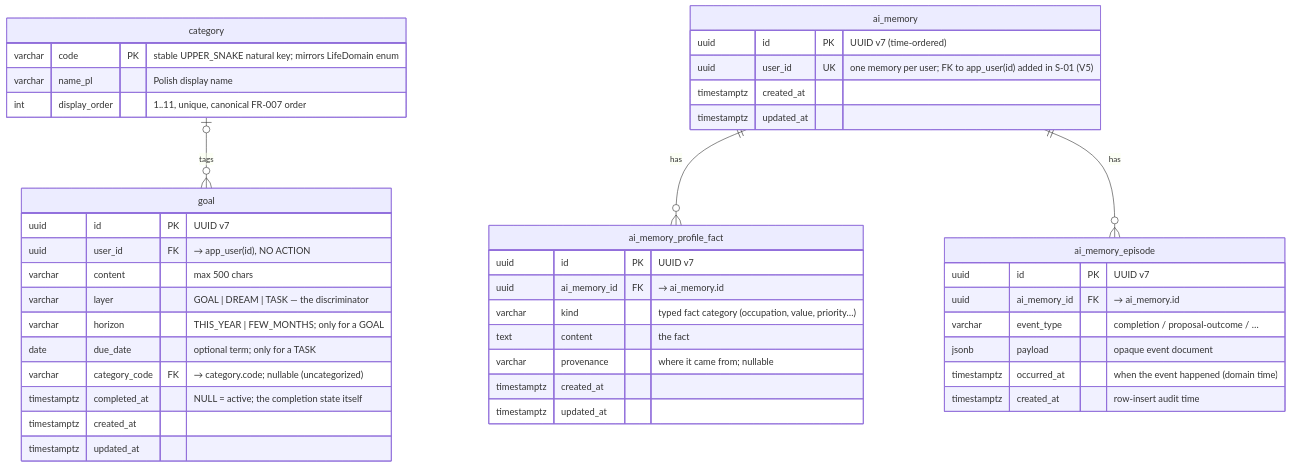
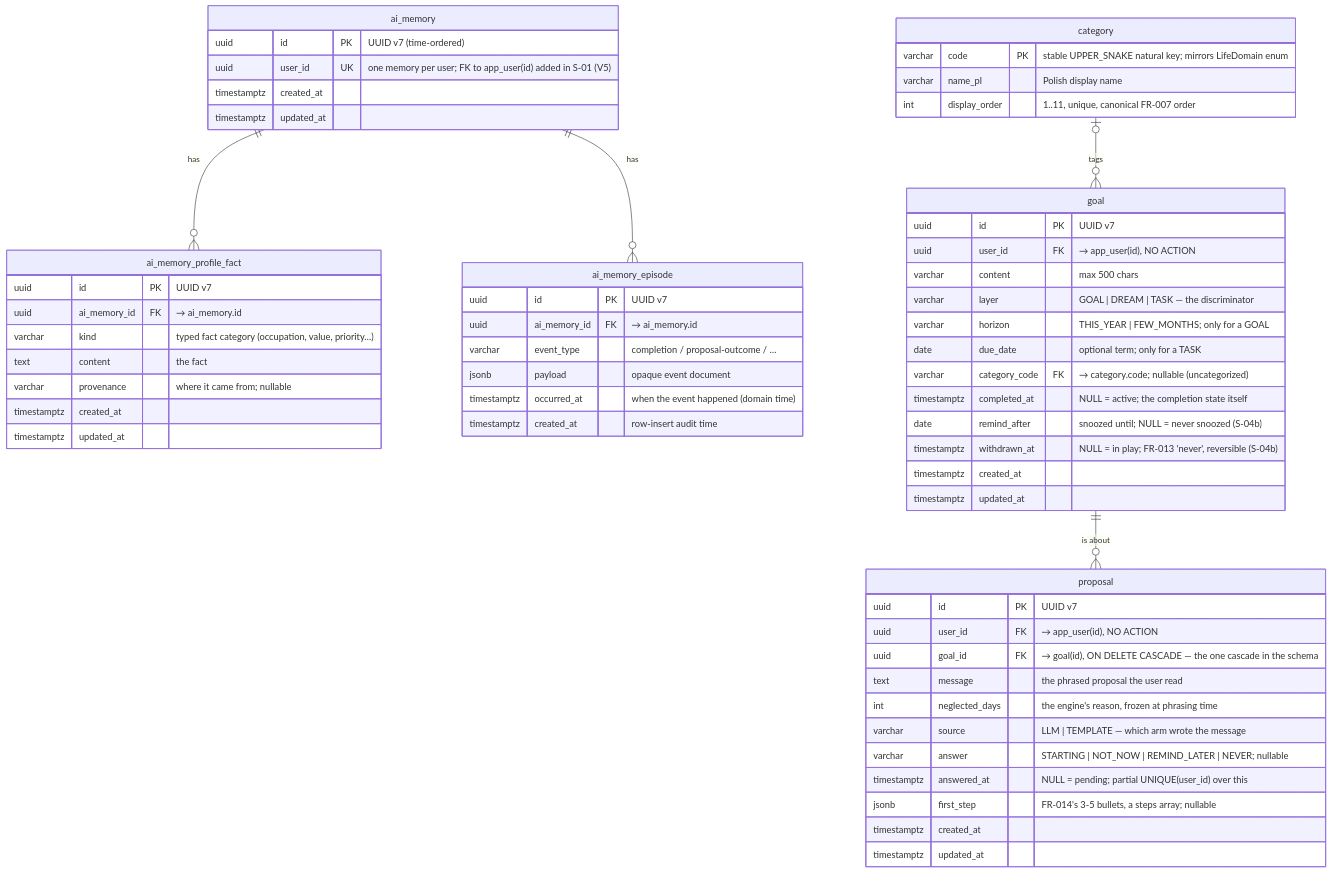
The diagram in context/foundation/data-model.md (TheDariusz/2doai), drawn with Mermaid before and after one commit. The commit also changed other lines of this file and 9 other files, not shown here.

First line of the commit message:
docs(proactive-proposal-engine): documentation walk (p5)

````diff
--- a/context/foundation/data-model.md
+++ b/context/foundation/data-model.md
@@ -10,50 +10,68 @@
 ```mermaid
 erDiagram
     category {
         varchar code PK "stable UPPER_SNAKE natural key; mirrors LifeDomain enum"
         varchar name_pl "Polish display name"
         int display_order "1..11, unique, canonical FR-007 order"
     }
 
     ai_memory ||--o{ ai_memory_profile_fact : has
     ai_memory ||--o{ ai_memory_episode : has
 
     ai_memory {
         uuid id PK "UUID v7 (time-ordered)"
         uuid user_id UK "one memory per user; FK to app_user(id) added in S-01 (V5)"
         timestamptz created_at
         timestamptz updated_at
     }
     ai_memory_profile_fact {
         uuid id PK "UUID v7"
         uuid ai_memory_id FK "→ ai_memory.id"
         varchar kind "typed fact category (occupation, value, priority…)"
         text content "the fact"
         varchar provenance "where it came from; nullable"
         timestamptz created_at
         timestamptz updated_at
     }
     ai_memory_episode {
         uuid id PK "UUID v7"
         uuid ai_memory_id FK "→ ai_memory.id"
         varchar event_type "completion / proposal-outcome / …"
         jsonb payload "opaque event document"
         timestamptz occurred_at "when the event happened (domain time)"
         timestamptz created_at "row-insert audit time"
     }
 
     category |o--o{ goal : "tags"
 
     goal {
         uuid id PK "UUID v7"
         uuid user_id FK "→ app_user(id), NO ACTION"
         varchar content "max 500 chars"
         varchar layer "GOAL | DREAM | TASK — the discriminator"
         varchar horizon "THIS_YEAR | FEW_MONTHS; only for a GOAL"
         date due_date "optional term; only for a TASK"
         varchar category_code FK "→ category.code; nullable (uncategorized)"
         timestamptz completed_at "NULL = active; the completion state itself"
+        date remind_after "snoozed until; NULL = never snoozed (S-04b)"
+        timestamptz withdrawn_at "NULL = in play; FR-013 'never', reversible (S-04b)"
+        timestamptz created_at
+        timestamptz updated_at
+    }
+
+    goal ||--o{ proposal : "is about"
+
+    proposal {
+        uuid id PK "UUID v7"
+        uuid user_id FK "→ app_user(id), NO ACTION"
+        uuid goal_id FK "→ goal(id), ON DELETE CASCADE — the one cascade in the schema"
+        text message "the phrased proposal the user read"
+        int neglected_days "the engine's reason, frozen at phrasing time"
+        varchar source "LLM | TEMPLATE — which arm wrote the message"
+        varchar answer "STARTING | NOT_NOW | REMIND_LATER | NEVER; nullable"
+        timestamptz answered_at "NULL = pending; partial UNIQUE(user_id) over this"
+        jsonb first_step "FR-014's 3-5 bullets, a steps array; nullable"
         timestamptz created_at
         timestamptz updated_at
     }
 ```
````
